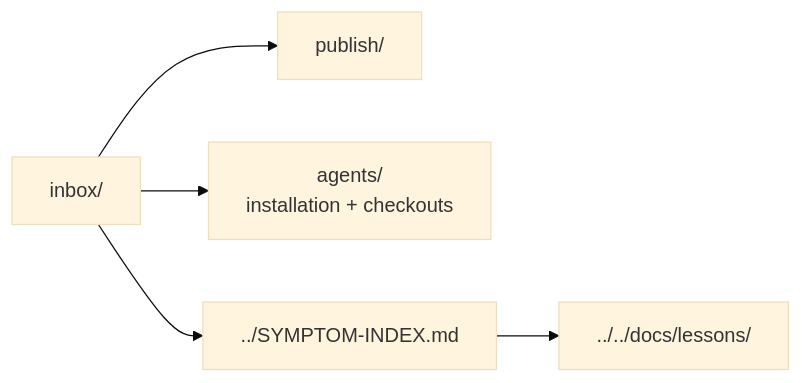
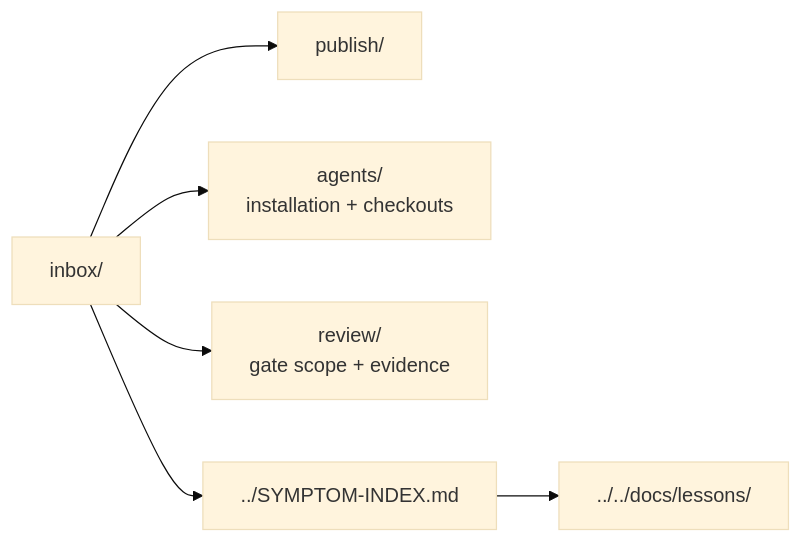
The diagram in .agents/inbox/README.md (Valpatel/cad-agent), drawn with Mermaid (base theme) before and after one commit. The commit also changed other lines of this file and 9 other files, not shown here.

````diff
--- a/.agents/inbox/README.md
+++ b/.agents/inbox/README.md
@@ -6,7 +6,8 @@
 ```mermaid
 flowchart LR
     I["inbox/"] --> P["publish/"]
     I --> A["agents/<br/>installation + checkouts"]
+    I --> R["review/<br/>gate scope + evidence"]
     I --> S["../SYMPTOM-INDEX.md"]
     S --> L["../../docs/lessons/"]
 ```
````
